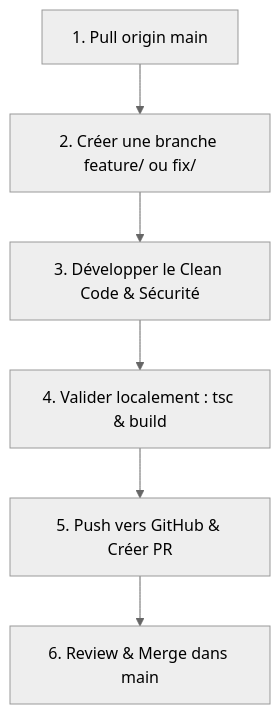
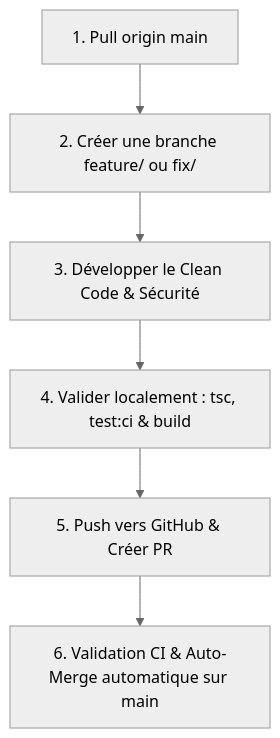
Before and after one commit to SKJUV/idlacms: the diagram in .github/CONTRIBUTING.md, drawn with Mermaid (neutral theme). The commit also changed other lines of this file and 1 other file, not shown here.

````diff
--- a/.github/CONTRIBUTING.md
+++ b/.github/CONTRIBUTING.md
@@ -11,8 +13,8 @@
 ```mermaid
 graph TD
     A[1. Pull origin main] --> B[2. Créer une branche feature/ ou fix/]
     B --> C[3. Développer le Clean Code & Sécurité]
-    C --> D[4. Valider localement : tsc & build]
+    C --> D[4. Valider localement : tsc, test:ci & build]
     D --> E[5. Push vers GitHub & Créer PR]
-    E --> F[6. Review & Merge dans main]
+    E --> F[6. Validation CI & Auto-Merge automatique sur main]
 ```
````
